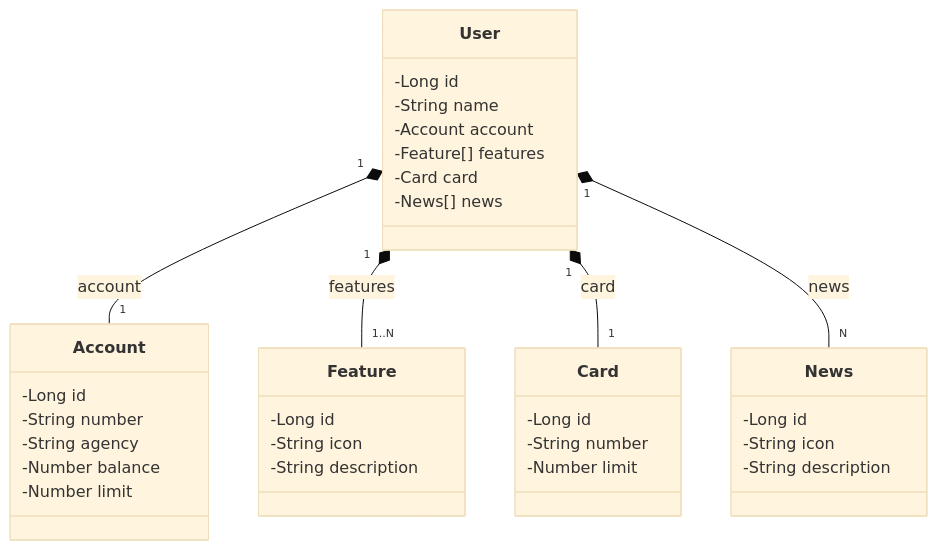
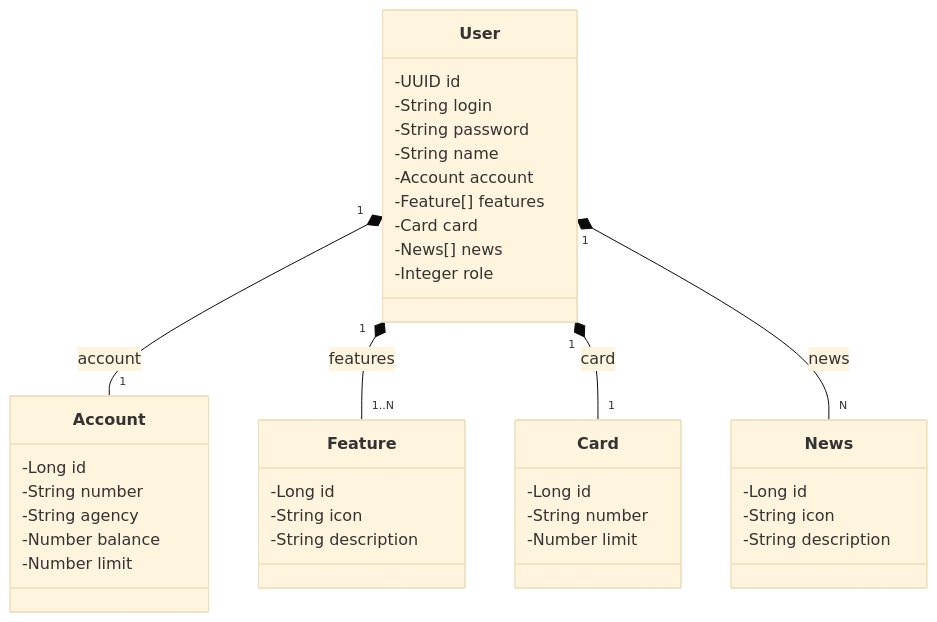
The first of 4 diagrams in README.md (EdsonSFreitas/spring_api_on_railway), drawn with Mermaid (base theme) before and after one commit. The commit also changed other lines of this file and 1 other file, not shown here.

````diff
--- a/README.md
+++ b/README.md
@@ -8,42 +8,47 @@
 ```mermaid
 classDiagram
 class User {
--Long id
+-UUID id
+-String login
+-String password
 -String name
 -Account account
 -Feature[] features
 -Card card
 -News[] news
+-Integer role
 }
 
 class Account {
 -Long id
 -String number
 -String agency
 -Number balance
 -Number limit
  }
 
 class Feature {
 -Long id
 -String icon
 -String description
 }
 
 class Card {
 -Long id
 -String number
 -Number limit
 }
 
 class News {
 -Long id
 -String icon
 -String description
 }
 
+
+
 User "1" *-- "1" Account: account
 User "1" *-- "1..N" Feature: features
 User "1" *-- "1" Card: card
 User "1" *-- "N" News: news
 ```
````
